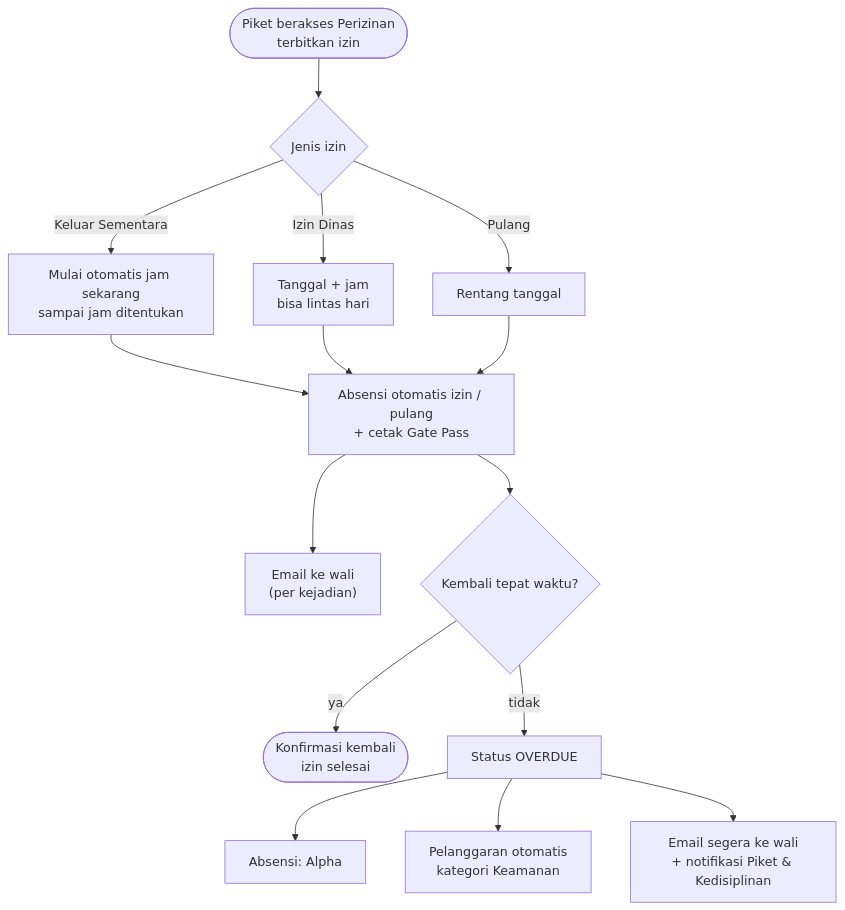
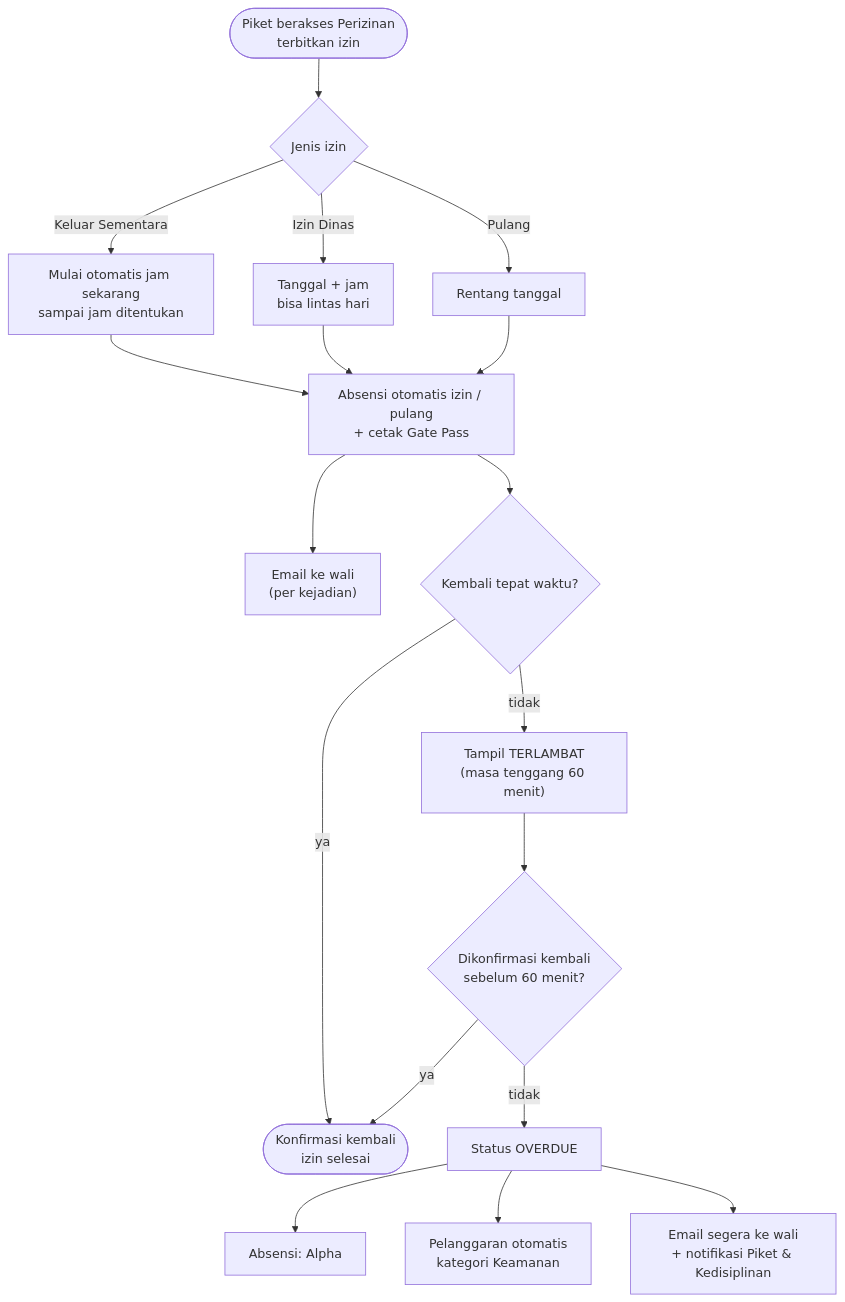
Before and after one commit to SiJao/ProjectJao: the third of 6 diagrams in README.md, drawn with Mermaid. The commit also changed other lines of this file, not shown here.

Commit message:
README: selaraskan dengan keputusan terbaru (no. HP wali, masa tenggang overdue, Libur Pondok, akses Kedisiplinan, daftar pilihan)

````diff
--- a/README.md
+++ b/README.md
@@ -424,17 +440,20 @@
 ```mermaid
 flowchart TD
     A(["Piket berakses Perizinan<br/>terbitkan izin"]) --> B{"Jenis izin"}
     B -- "Keluar Sementara" --> C["Mulai otomatis jam sekarang<br/>sampai jam ditentukan"]
     B -- "Izin Dinas" --> D["Tanggal + jam<br/>bisa lintas hari"]
     B -- "Pulang" --> E["Rentang tanggal"]
     C --> F["Absensi otomatis izin / pulang<br/>+ cetak Gate Pass"]
     D --> F
     E --> F
     F --> R["Email ke wali<br/>(per kejadian)"]
     F --> G{"Kembali tepat waktu?"}
     G -- "ya" --> H(["Konfirmasi kembali<br/>izin selesai"])
-    G -- "tidak" --> I["Status OVERDUE"]
+    G -- "tidak" --> T["Tampil TERLAMBAT<br/>(masa tenggang 60 menit)"]
+    T --> U{"Dikonfirmasi kembali<br/>sebelum 60 menit?"}
+    U -- "ya" --> H
+    U -- "tidak" --> I["Status OVERDUE"]
     I --> J["Absensi: Alpha"]
     I --> K["Pelanggaran otomatis<br/>kategori Keamanan"]
     I --> L["Email segera ke wali<br/>+ notifikasi Piket & Kedisiplinan"]
 ```
````
